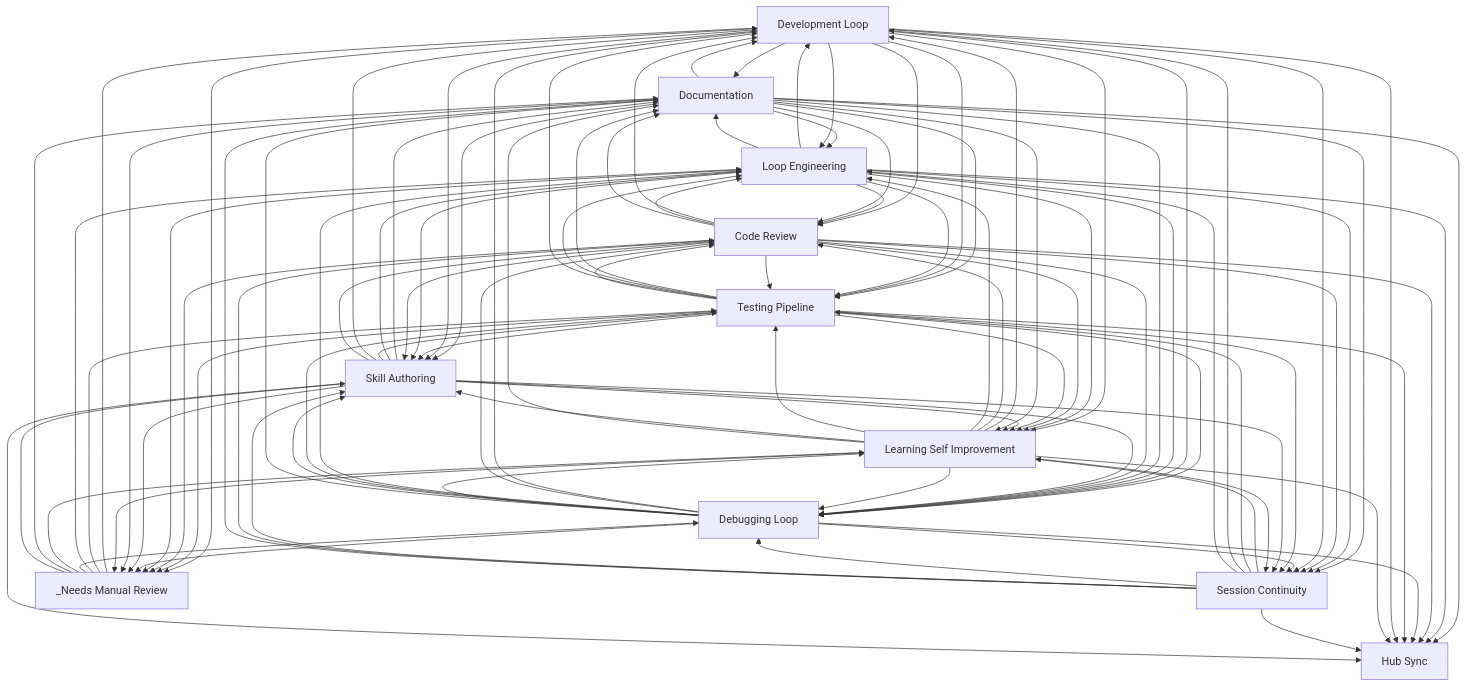
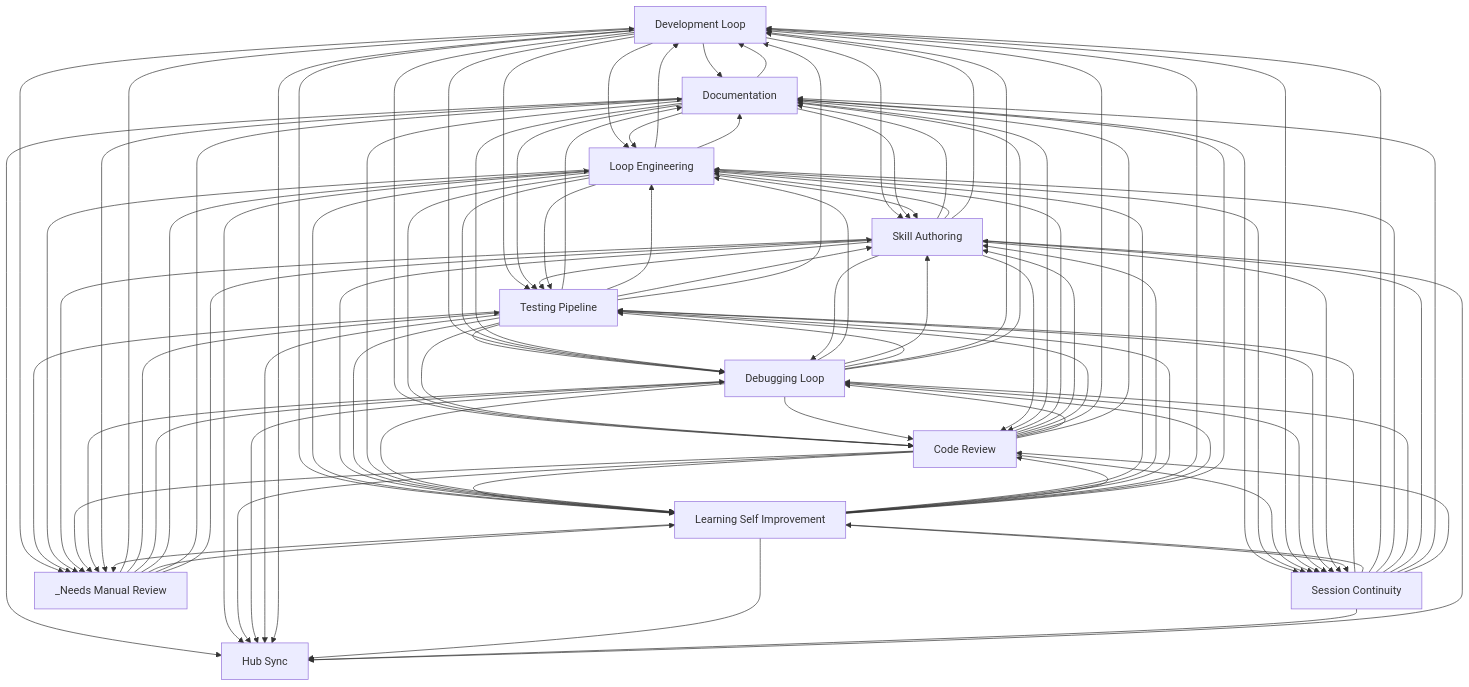
One commit to abhayla/claude-best-practices changed the diagram in docs/workflows/INDEX.md. Above: the diagram before and after it, drawn with Mermaid. The commit also changed other lines of this file and 14 other files, not shown here.

````diff
--- a/docs/workflows/INDEX.md
+++ b/docs/workflows/INDEX.md
@@ -34,99 +34,99 @@
     hub_sync[Hub Sync]
     _needs_manual_review[_Needs Manual Review]
     development_loop --> documentation
+    skill_authoring --> documentation
     testing_pipeline --> documentation
-    skill_authoring --> documentation
+    development_loop --> loop_engineering
+    development_loop --> testing_pipeline
+    development_loop --> skill_authoring
     documentation --> loop_engineering
+    documentation --> testing_pipeline
     documentation --> skill_authoring
-    documentation --> testing_pipeline
-    development_loop --> loop_engineering
-    development_loop --> skill_authoring
-    development_loop --> testing_pipeline
+    skill_authoring --> loop_engineering
+    skill_authoring --> testing_pipeline
     testing_pipeline --> loop_engineering
     testing_pipeline --> skill_authoring
-    skill_authoring --> loop_engineering
-    skill_authoring --> testing_pipeline
     development_loop --> code_review
+    loop_engineering --> skill_authoring
+    loop_engineering --> testing_pipeline
+    loop_engineering --> code_review
     loop_engineering --> development_loop
-    loop_engineering --> code_review
-    loop_engineering --> testing_pipeline
-    loop_engineering --> skill_authoring
+    code_review --> loop_engineering
+    code_review --> skill_authoring
+    code_review --> testing_pipeline
     code_review --> development_loop
-    code_review --> loop_engineering
-    code_review --> testing_pipeline
-    code_review --> skill_authoring
     development_loop --> learning_self_improvement
     loop_engineering --> learning_self_improvement
     code_review --> learning_self_improvement
-    testing_pipeline --> development_loop
     _needs_manual_review --> development_loop
     _needs_manual_review --> testing_pipeline
+    testing_pipeline --> development_loop
+    _needs_manual_review --> debugging_loop
+    _needs_manual_review --> loop_engineering
     testing_pipeline --> debugging_loop
-    _needs_manual_review --> loop_engineering
-    _needs_manual_review --> debugging_loop
     testing_pipeline --> code_review
+    debugging_loop --> loop_engineering
+    debugging_loop --> skill_authoring
+    debugging_loop --> testing_pipeline
+    debugging_loop --> code_review
     debugging_loop --> development_loop
-    debugging_loop --> code_review
-    debugging_loop --> loop_engineering
-    debugging_loop --> testing_pipeline
-    debugging_loop --> skill_authoring
     development_loop --> debugging_loop
     documentation --> development_loop
     loop_engineering --> debugging_loop
     loop_engineering --> documentation
     skill_authoring --> development_loop
     skill_authoring --> code_review
+    skill_authoring --> learning_self_improvement
     testing_pipeline --> learning_self_improvement
-    skill_authoring --> learning_self_improvement
     development_loop --> _needs_manual_review
     testing_pipeline --> _needs_manual_review
     documentation --> code_review
     documentation --> debugging_loop
     code_review --> debugging_loop
     documentation --> session_continuity
+    documentation --> learning_self_improvement
     documentation --> hub_sync
-    documentation --> learning_self_improvement
     loop_engineering --> session_continuity
     loop_engineering --> hub_sync
     code_review --> session_continuity
+    code_review --> hub_sync
     code_review --> documentation
-    code_review --> hub_sync
     development_loop --> session_continuity
+    session_continuity --> testing_pipeline
     session_continuity --> learning_self_improvement
-    session_continuity --> testing_pipeline
     _needs_manual_review --> learning_self_improvement
     debugging_loop --> session_continuity
     debugging_loop --> learning_self_improvement
     testing_pipeline --> session_continuity
+    debugging_loop --> hub_sync
     debugging_loop --> documentation
-    debugging_loop --> hub_sync
     testing_pipeline --> hub_sync
     development_loop --> hub_sync
+    skill_authoring --> session_continuity
     session_continuity --> development_loop
-    skill_authoring --> session_continuity
+    skill_authoring --> debugging_loop
     session_continuity --> loop_engineering
     session_continuity --> debugging_loop
-    skill_authoring --> debugging_loop
+    learning_self_improvement --> loop_engineering
+    learning_self_improvement --> skill_authoring
+    learning_self_improvement --> testing_pipeline
+    learning_self_improvement --> code_review
     learning_self_improvement --> development_loop
-    learning_self_improvement --> code_review
-    learning_self_improvement --> loop_engineering
-    learning_self_improvement --> testing_pipeline
     learning_self_improvement --> debugging_loop
-    learning_self_improvement --> skill_authoring
+    loop_engineering --> _needs_manual_review
+    skill_authoring --> _needs_manual_review
     code_review --> _needs_manual_review
-    loop_engineering --> _needs_manual_review
     debugging_loop --> _needs_manual_review
-    skill_authoring --> _needs_manual_review
     _needs_manual_review --> documentation
     _needs_manual_review --> skill_authoring
     learning_self_improvement --> session_continuity
     documentation --> _needs_manual_review
     session_continuity --> skill_authoring
+    learning_self_improvement --> hub_sync
     learning_self_improvement --> documentation
-    learning_self_improvement --> hub_sync
+    session_continuity --> hub_sync
+    session_continuity --> documentation
     session_continuity --> code_review
-    session_continuity --> documentation
-    session_continuity --> hub_sync
     skill_authoring --> hub_sync
     learning_self_improvement --> _needs_manual_review
 ```
````
